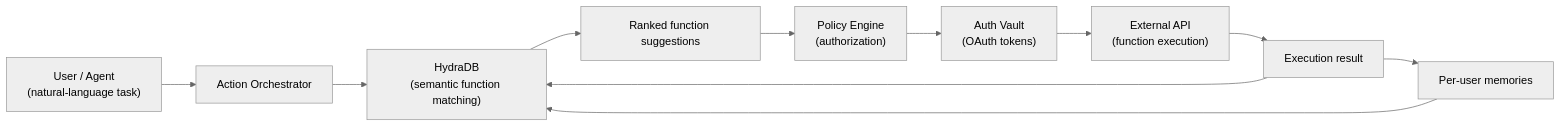
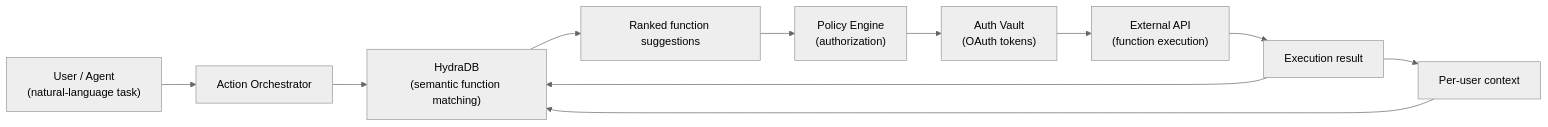
The diagram in cookbooks/v2/hydradb-cookbook-06.mdx (hydra-db/mintlify-docs), drawn with Mermaid (neutral theme) before and after one commit. The commit also changed other lines of this file and 13 other files, not shown here.

````diff
--- a/cookbooks/v2/hydradb-cookbook-06.mdx
+++ b/cookbooks/v2/hydradb-cookbook-06.mdx
@@ -92,13 +89,13 @@
 ```mermaid
 flowchart LR
     A["User / Agent<br/>(natural-language task)"] --> B["Action Orchestrator"]
     B --> C["HydraDB<br/>(semantic function matching)"]
     C --> D["Ranked function suggestions"]
     D --> E["Policy Engine<br/>(authorization)"]
     E --> F["Auth Vault<br/>(OAuth tokens)"]
     F --> G["External API<br/>(function execution)"]
     G --> H["Execution result"]
     H --> C
-    H --> I["Per-user memories"]
+    H --> I["Per-user context"]
     I --> C
 ```
````
